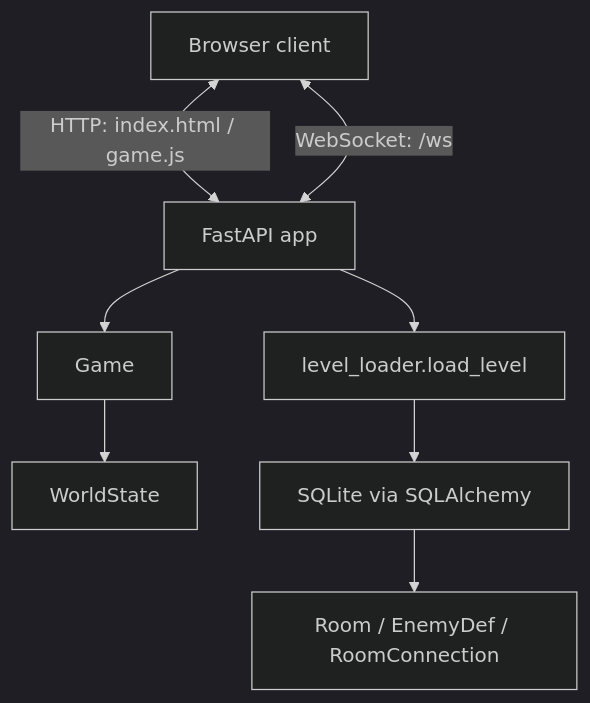
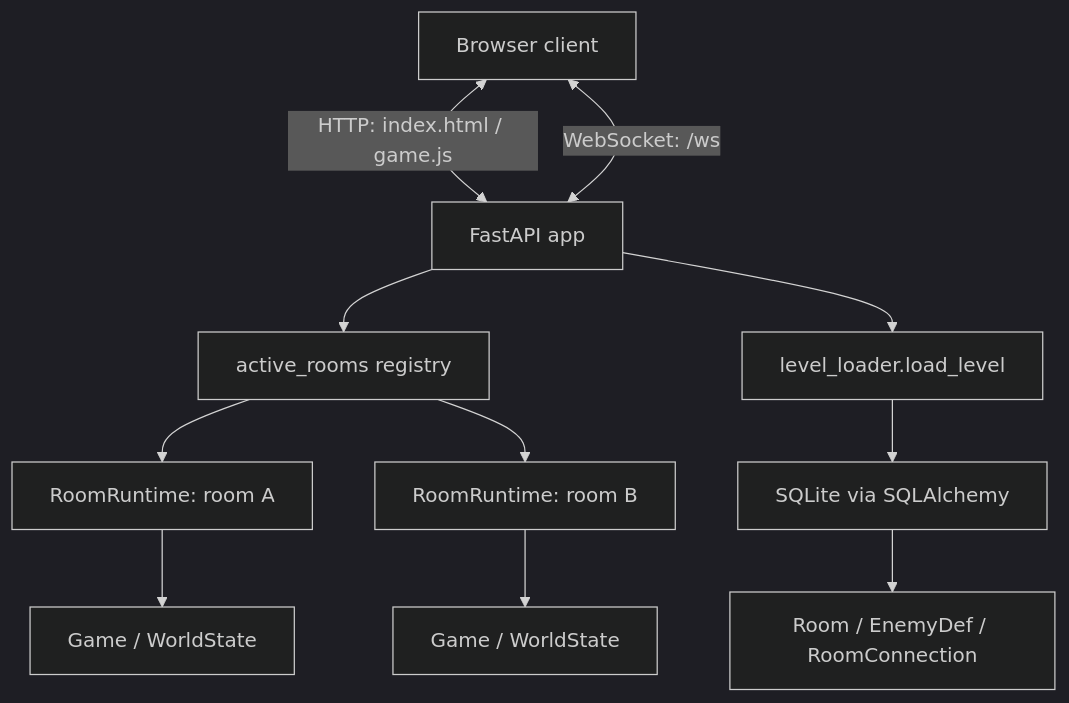
The first of 6 diagrams in docs/ARCHITECTURE.md (GoldenWind8/roguelike-mvp), drawn with Mermaid (dark theme) before and after one commit. The commit also changed other lines of this file and 20 other files, not shown here.

````diff
--- a/docs/ARCHITECTURE.md
+++ b/docs/ARCHITECTURE.md
@@ -19,10 +25,13 @@
 ```mermaid
 flowchart TB
     B["Browser client"] <-- "HTTP: index.html / game.js" --> A["FastAPI app"]
     B <-- "WebSocket: /ws" --> A
-    A --> G["Game"]
-    G --> W["WorldState"]
+    A --> REG["active_rooms registry"]
+    REG --> R1["RoomRuntime: room A"]
+    REG --> R2["RoomRuntime: room B"]
+    R1 --> G1["Game / WorldState"]
+    R2 --> G2["Game / WorldState"]
     A --> L["level_loader.load_level"]
     L --> DB["SQLite via SQLAlchemy"]
     DB --> R["Room / EnemyDef / RoomConnection"]
 ```
````
